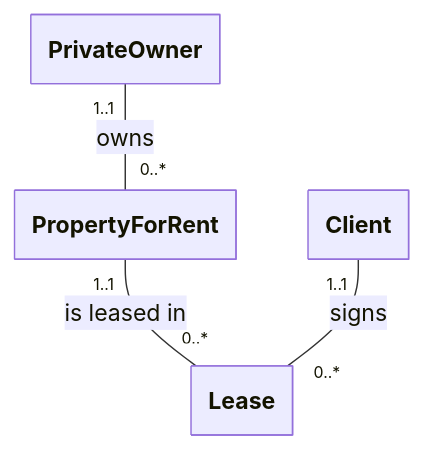
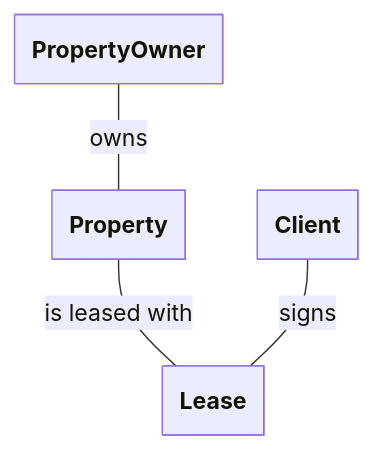
One commit to Kaltsoon/data-management-and-databases changed the fourth of 4 diagrams in slidev/01-introduction-to-databases.md. Above: the diagram before and after it, drawn with Mermaid. The commit also changed other lines of this file and 5 other files, not shown here.

````diff
--- a/slidev/01-introduction-to-databases.md
+++ b/slidev/01-introduction-to-databases.md
@@ -248,19 +254,19 @@
 ```mermaid
 ---
   config:
     class:
       hideEmptyMembersBox: true
 ---
 
 classDiagram
     direction TB
 
-    class PrivateOwner
-    class PropertyForRent
+    class PropertyOwner
+    class Property
     class Lease
     class Client
 
-    PrivateOwner "1..1" -- "0..*" PropertyForRent : owns
-    PropertyForRent "1..1" -- "0..*" Lease : is leased in
-    Client "1..1" -- "0..*" Lease : signs
+    PropertyOwner -- Property : owns
+    Property -- Lease : is leased with
+    Client -- Lease : signs
 ```
````
